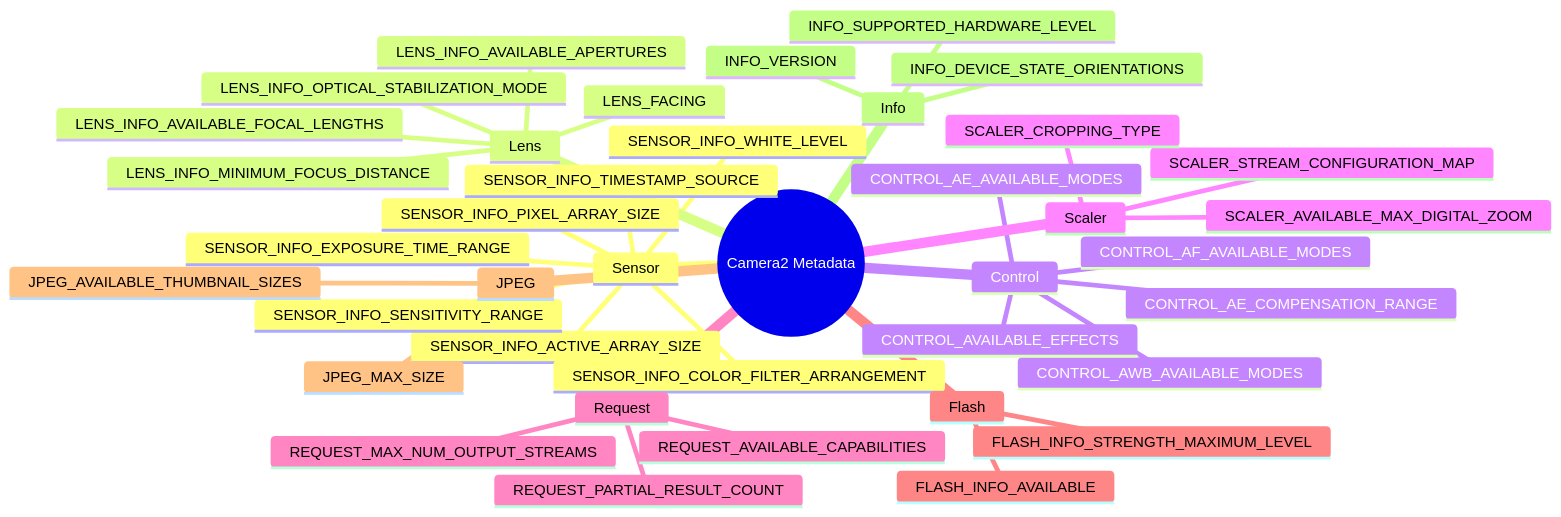
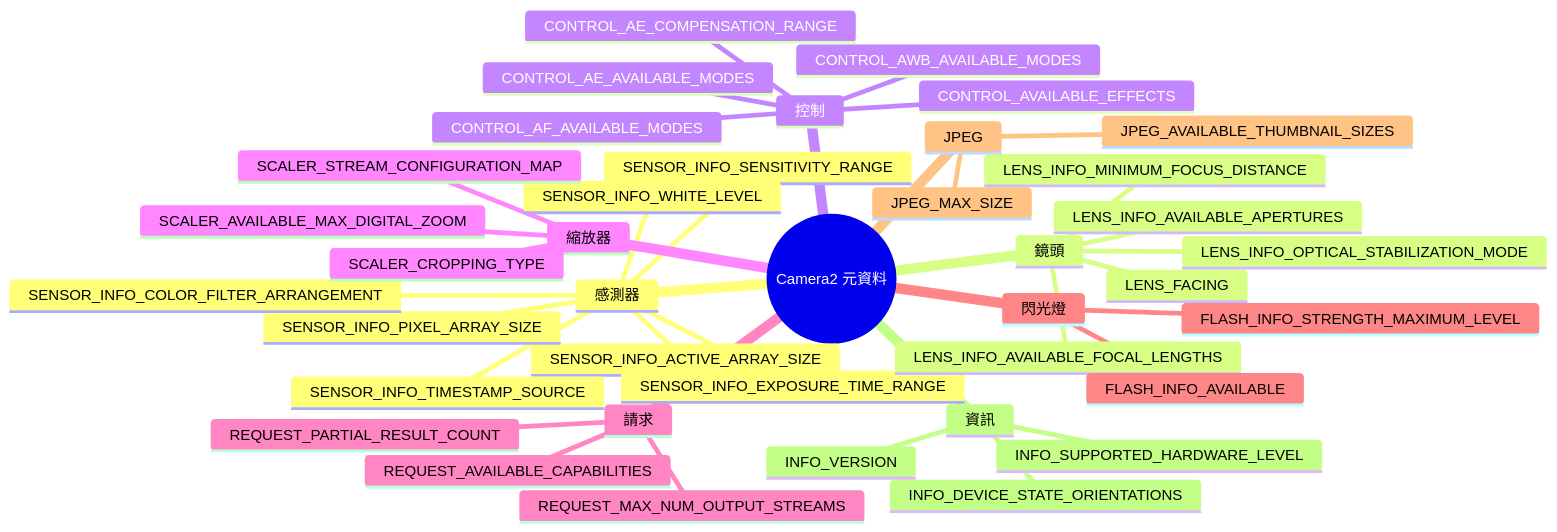
One commit to zoozooll/AndroidCameraParameters changed the diagram in website/i18n/zh-Hant/docusaurus-plugin-content-docs/current/camera2/camera-metadata-encyclopedia.md. Above: the diagram before and after it, drawn with Mermaid. The commit also changed other lines of this file and 378 other files, not shown here.

````diff
--- a/website/i18n/zh-Hant/docusaurus-plugin-content-docs/current/camera2/camera-metadata-encyclopedia.md
+++ b/website/i18n/zh-Hant/docusaurus-plugin-content-docs/current/camera2/camera-metadata-encyclopedia.md
@@ -26,42 +26,42 @@
 ```mermaid
 mindmap
-  root((Camera2 Metadata))
-    Sensor
+  root((Camera2 元資料))
+    感測器
       SENSOR_INFO_ACTIVE_ARRAY_SIZE
       SENSOR_INFO_PIXEL_ARRAY_SIZE
       SENSOR_INFO_SENSITIVITY_RANGE
       SENSOR_INFO_EXPOSURE_TIME_RANGE
       SENSOR_INFO_WHITE_LEVEL
       SENSOR_INFO_COLOR_FILTER_ARRANGEMENT
       SENSOR_INFO_TIMESTAMP_SOURCE
-    Lens
+    鏡頭
       LENS_FACING
       LENS_INFO_AVAILABLE_FOCAL_LENGTHS
       LENS_INFO_MINIMUM_FOCUS_DISTANCE
       LENS_INFO_AVAILABLE_APERTURES
       LENS_INFO_OPTICAL_STABILIZATION_MODE
-    Control
+    控制
       CONTROL_AE_AVAILABLE_MODES
       CONTROL_AF_AVAILABLE_MODES
       CONTROL_AWB_AVAILABLE_MODES
       CONTROL_AVAILABLE_EFFECTS
       CONTROL_AE_COMPENSATION_RANGE
-    Scaler
+    縮放器
       SCALER_STREAM_CONFIGURATION_MAP
       SCALER_AVAILABLE_MAX_DIGITAL_ZOOM
       SCALER_CROPPING_TYPE
-    Request
+    請求
       REQUEST_AVAILABLE_CAPABILITIES
       REQUEST_PARTIAL_RESULT_COUNT
       REQUEST_MAX_NUM_OUTPUT_STREAMS
-    Flash
+    閃光燈
       FLASH_INFO_AVAILABLE
       FLASH_INFO_STRENGTH_MAXIMUM_LEVEL
     JPEG
       JPEG_AVAILABLE_THUMBNAIL_SIZES
       JPEG_MAX_SIZE
-    Info
+    資訊
       INFO_SUPPORTED_HARDWARE_LEVEL
       INFO_DEVICE_STATE_ORIENTATIONS
       INFO_VERSION
 ```
````
